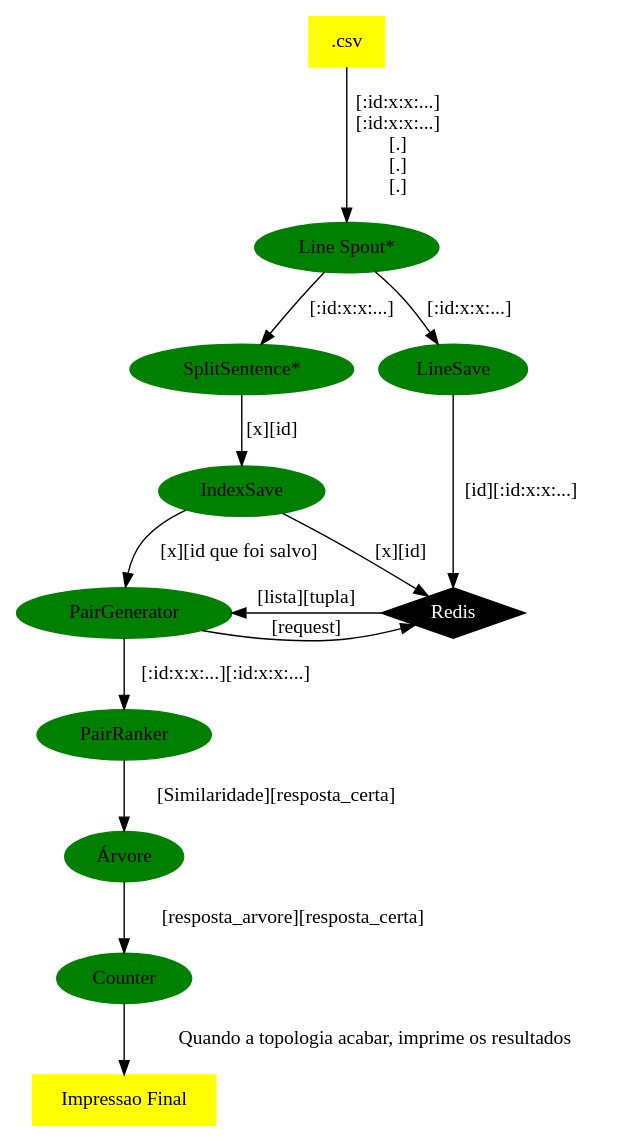
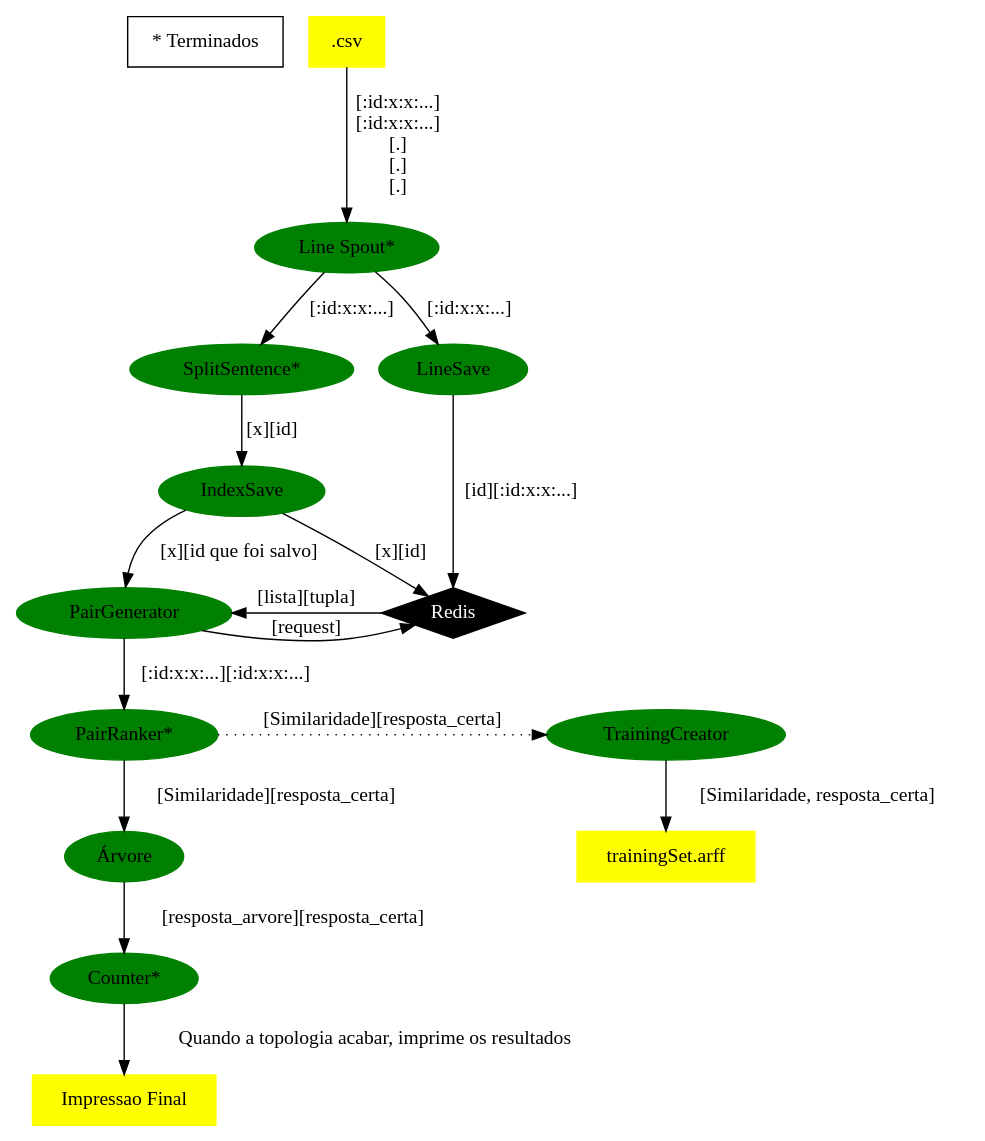
Before and after one commit to luanfelixpimentel/storminho: the diagram in info/whats_going_on.dot, drawn with Graphviz. The commit also changed 5 other files, not shown here.

Commit message:
Counter criado e TrainingCreator esperando ajuda

```diff
--- a/info/whats_going_on.dot
+++ b/info/whats_going_on.dot
@@ -1,58 +1,64 @@
 digraph projeto_topology {
     node [style="filled"]
+    comments [shape="box" fillcolor="white" label="* Terminados"]
 
     //files
     {
         node [shape="box" color="yellow"]
         csv [label=".csv"]
         impressaofinal [label="Impressao Final"]
+        trainingset [label="trainingSet.arff"]
     }
     //spouts and bolts
     {
         node [shape="ellipse" color="green"]
         linespout [label="Line Spout*", comment="teste"]
         splitsentence [label="SplitSentence*"]
         linesave [label="LineSave"]
         indexsave [label="IndexSave"]
-        pairranker [label="PairRanker"]
+        pairranker [label="PairRanker*"]
         pairgenerator [label="PairGenerator"]
         arvore [label="Árvore"]
-        counter [label="Counter"]
+        counter [label="Counter*"]
+        trainingcreator [label="TrainingCreator"]
     }
     //programas
     {
         node [shape="trapezium" color="orange"]
     }
 
     //outros
     {
         node [shape="diamond" color="black" fontcolor="white"]
         redis [label="Redis"]
     }
 
     //ligações
     {
         csv -> linespout [label="[:id:x:x:...]\n[:id:x:x:...]\n[.]\n[.]\n[.]"]
         linespout -> splitsentence [label="[:id:x:x:...]"]
         linespout -> linesave [label="[:id:x:x:...]"]
         linesave -> redis [label="[id][:id:x:x:...]"]
         splitsentence -> indexsave [label="[x][id]"]
         indexsave -> redis[label="[x][id]"]
         indexsave -> pairgenerator [label="[x][id que foi salvo]"]
         pairgenerator -> redis [label="[request]"]
         redis -> pairgenerator [label="[lista][tupla]"]
         pairgenerator -> pairranker [label="[:id:x:x:...][:id:x:x:...]"]
         pairranker -> arvore [label="[Similaridade][resposta_certa]"]
+        pairranker -> trainingcreator [label="[Similaridade][resposta_certa]" style="dotted"]
+        trainingcreator -> trainingset [label="[Similaridade, resposta_certa]"]
         arvore -> counter [label="[resposta_arvore][resposta_certa]"]
         counter -> impressaofinal [label="Quando a topologia acabar, imprime os resultados"]
 
     }
 
     //ranks (posições)
     {
         {rank=same; splitsentence linesave}
         {rank=same; pairgenerator redis}
+        {rank=same; pairranker trainingcreator}
 
 
     }
 }
```
